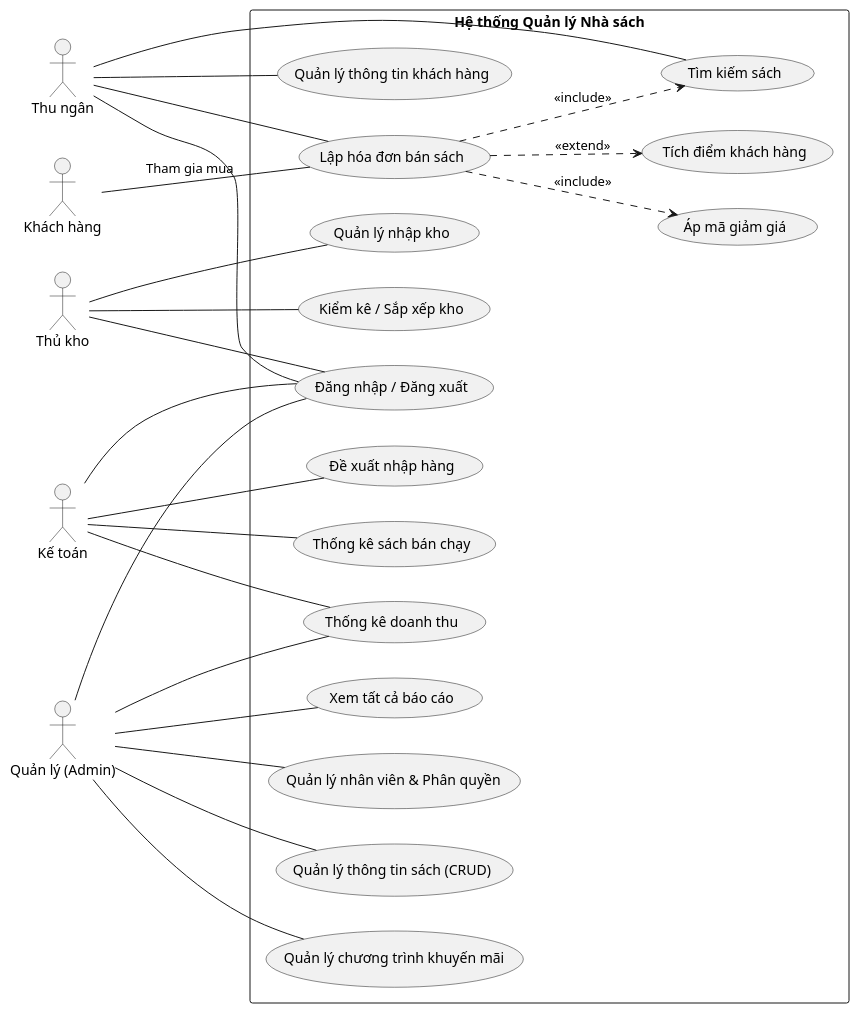
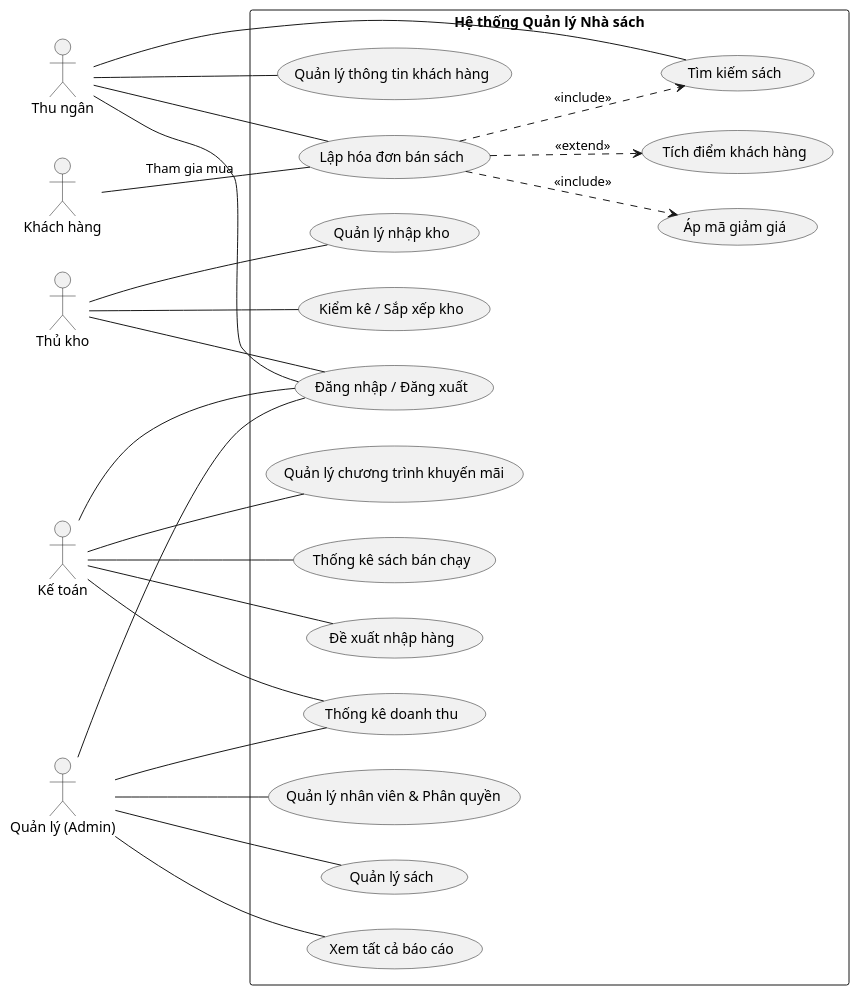
One commit to Kh0anh/QuanLyNhaSach changed the diagram in docs/use case/tổng quan.plantuml. Above: the diagram before and after it, drawn with PlantUML. The commit also changed 6 other files, not shown here.

```diff
--- a/docs/use case/tổng quan.plantuml
+++ b/docs/use case/tổng quan.plantuml
@@ -1,70 +1,70 @@
 @startuml
 left to right direction
 skinparam packageStyle rectangle
 
 actor "Khách hàng" as KH
 actor "Thu ngân" as TN
 actor "Thủ kho" as TK
 actor "Kế toán" as KT
 actor "Quản lý (Admin)" as QL
 
 package "Hệ thống Quản lý Nhà sách" {
     
     usecase "Đăng nhập / Đăng xuất" as UC_Login
     
     ' Nhóm Bán hàng (Thu ngân)
     usecase "Lập hóa đơn bán sách" as UC_BanHang
     usecase "Tìm kiếm sách" as UC_TimSach
     usecase "Áp mã giảm giá" as UC_GiamGia
     usecase "Quản lý thông tin khách hàng" as UC_QLKH
     usecase "Tích điểm khách hàng" as UC_TichDiem
     
     ' Nhóm Kho (Thủ kho)
     usecase "Quản lý nhập kho" as UC_NhapKho
     usecase "Kiểm kê / Sắp xếp kho" as UC_KiemKho
     
     ' Nhóm Kế toán
     usecase "Thống kê doanh thu" as UC_TK_DoanhThu
     usecase "Thống kê sách bán chạy" as UC_TK_BanChay
     usecase "Đề xuất nhập hàng" as UC_DeXuatNhap
+    usecase "Quản lý chương trình khuyến mãi" as UC_QLKM
     
     ' Nhóm Quản trị (Quản lý)
     usecase "Quản lý nhân viên & Phân quyền" as UC_QLNV
-    usecase "Quản lý thông tin sách (CRUD)" as UC_QLSach
-    usecase "Quản lý chương trình khuyến mãi" as UC_QLKM
+    usecase "Quản lý sách" as UC_QLSach
     usecase "Xem tất cả báo cáo" as UC_XemBaoCao
 
 }
 
 ' Quan hệ Thu ngân
 TN -- UC_Login
 TN -- UC_BanHang
 TN -- UC_TimSach
 TN -- UC_QLKH
 UC_BanHang ..> UC_GiamGia : <<include>>
 UC_BanHang ..> UC_TichDiem : <<extend>>
 UC_BanHang ..> UC_TimSach : <<include>>
 
 ' Quan hệ Khách hàng (Tác động vào việc mua hàng)
 KH -- UC_BanHang : Tham gia mua
 
 ' Quan hệ Thủ kho
 TK -- UC_Login
 TK -- UC_NhapKho
 TK -- UC_KiemKho
 
 ' Quan hệ Kế toán
 KT -- UC_Login
 KT -- UC_TK_DoanhThu
 KT -- UC_TK_BanChay
 KT -- UC_DeXuatNhap
+KT -- UC_QLKM
 
 ' Quan hệ Quản lý (Có quyền cao nhất)
 QL -- UC_Login
 QL -- UC_QLNV
 QL -- UC_QLSach
-QL -- UC_QLKM
 QL -- UC_XemBaoCao
 QL -- UC_TK_DoanhThu
 
 @enduml
```
